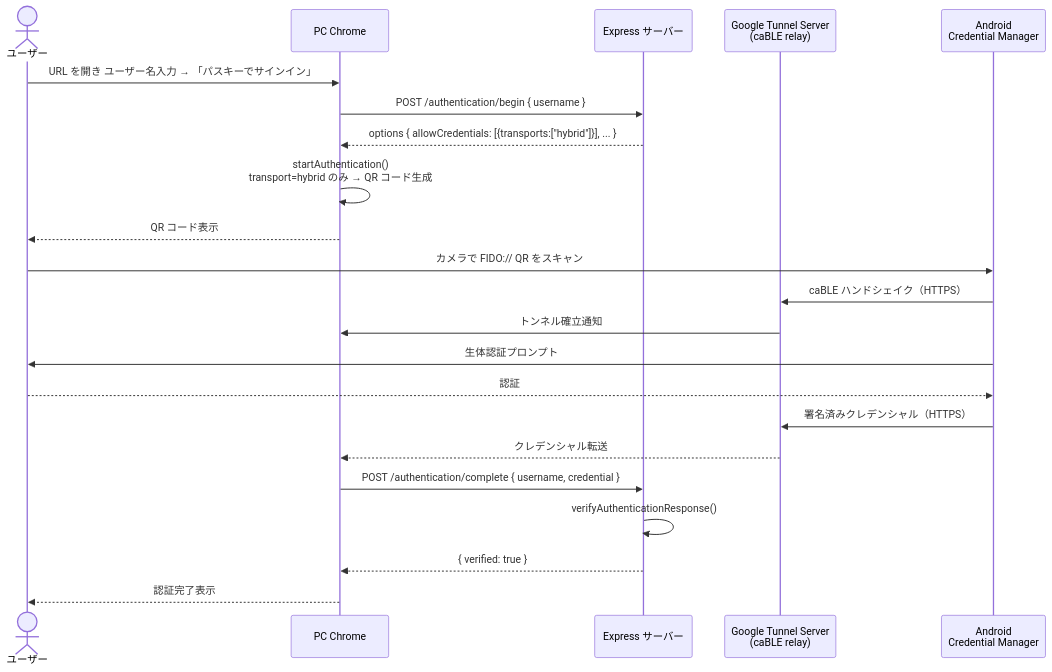
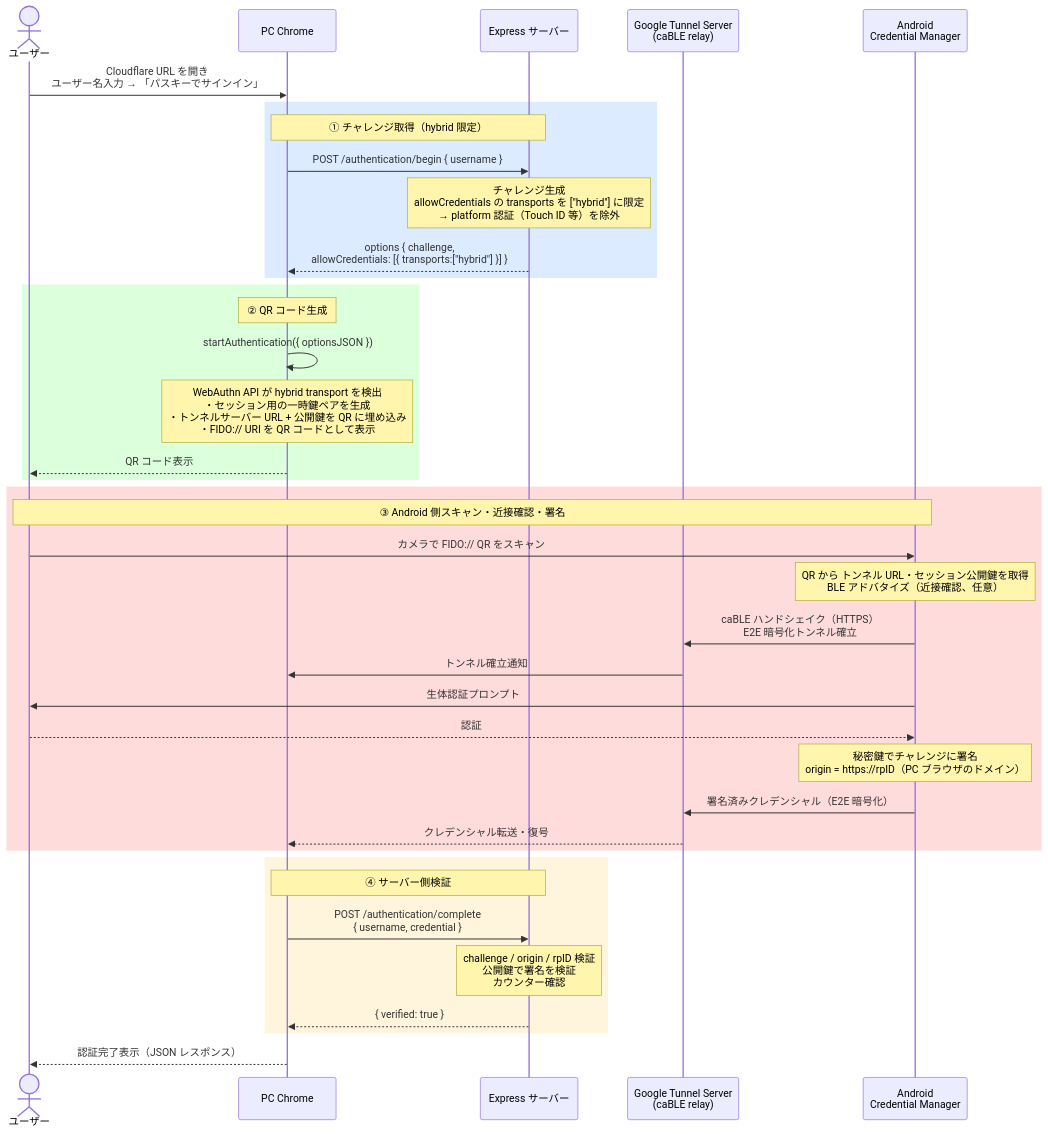
One commit to taka1226s/passkey-poc changed the third of 5 diagrams in README.md. Above: the diagram before and after it, drawn with Mermaid. The commit also changed other lines of this file, not shown here.

First line of the commit message:
README のシーケンス図に各部位の処理概要を追記

````diff
--- a/README.md
+++ b/README.md
@@ -63,27 +97,46 @@
 ```mermaid
 sequenceDiagram
     actor User as ユーザー
     participant Browser as PC Chrome
     participant Server as Express サーバー
     participant GTS as Google Tunnel Server<br/>(caBLE relay)
     participant CM as Android<br/>Credential Manager
 
-    User->>Browser: URL を開き ユーザー名入力 → 「パスキーでサインイン」
-    Browser->>Server: POST /authentication/begin { username }
-    Server-->>Browser: options { allowCredentials: [{transports:["hybrid"]}], ... }
-    Browser->>Browser: startAuthentication()<br/>transport=hybrid のみ → QR コード生成
-    Browser-->>User: QR コード表示
+    User->>Browser: Cloudflare URL を開き<br/>ユーザー名入力 → 「パスキーでサインイン」
 
-    User->>CM: カメラで FIDO:// QR をスキャン
-    CM->>GTS: caBLE ハンドシェイク（HTTPS）
-    GTS->>Browser: トンネル確立通知
-    CM->>User: 生体認証プロンプト
-    User-->>CM: 認証
-    CM->>GTS: 署名済みクレデンシャル（HTTPS）
-    GTS-->>Browser: クレデンシャル転送
+    rect rgb(220, 235, 255)
+        Note over Browser,Server: ① チャレンジ取得（hybrid 限定）
+        Browser->>Server: POST /authentication/begin { username }
+        Note over Server: チャレンジ生成<br/>allowCredentials の transports を ["hybrid"] に限定<br/>→ platform 認証（Touch ID 等）を除外
+        Server-->>Browser: options { challenge,<br/>allowCredentials: [{ transports:["hybrid"] }] }
+    end
 
-    Browser->>Server: POST /authentication/complete { username, credential }
-    Server->>Server: verifyAuthenticationResponse()
-    Server-->>Browser: { verified: true }
-    Browser-->>User: 認証完了表示
+    rect rgb(220, 255, 220)
+        Note over Browser: ② QR コード生成
+        Browser->>Browser: startAuthentication({ optionsJSON })
+        Note over Browser: WebAuthn API が hybrid transport を検出<br/>・セッション用の一時鍵ペアを生成<br/>・トンネルサーバー URL + 公開鍵を QR に埋め込み<br/>・FIDO:// URI を QR コードとして表示
+        Browser-->>User: QR コード表示
+    end
+
+    rect rgb(255, 220, 220)
+        Note over User,CM: ③ Android 側スキャン・近接確認・署名
+        User->>CM: カメラで FIDO:// QR をスキャン
+        Note over CM: QR から トンネル URL・セッション公開鍵を取得<br/>BLE アドバタイズ（近接確認、任意）
+        CM->>GTS: caBLE ハンドシェイク（HTTPS）<br/>E2E 暗号化トンネル確立
+        GTS->>Browser: トンネル確立通知
+        CM->>User: 生体認証プロンプト
+        User-->>CM: 認証
+        Note over CM: 秘密鍵でチャレンジに署名<br/>origin = https://rpID（PC ブラウザのドメイン）
+        CM->>GTS: 署名済みクレデンシャル（E2E 暗号化）
+        GTS-->>Browser: クレデンシャル転送・復号
+    end
+
+    rect rgb(255, 245, 220)
+        Note over Browser,Server: ④ サーバー側検証
+        Browser->>Server: POST /authentication/complete<br/>{ username, credential }
+        Note over Server: challenge / origin / rpID 検証<br/>公開鍵で署名を検証<br/>カウンター確認
+        Server-->>Browser: { verified: true }
+    end
+
+    Browser-->>User: 認証完了表示（JSON レスポンス）
 ```
````
